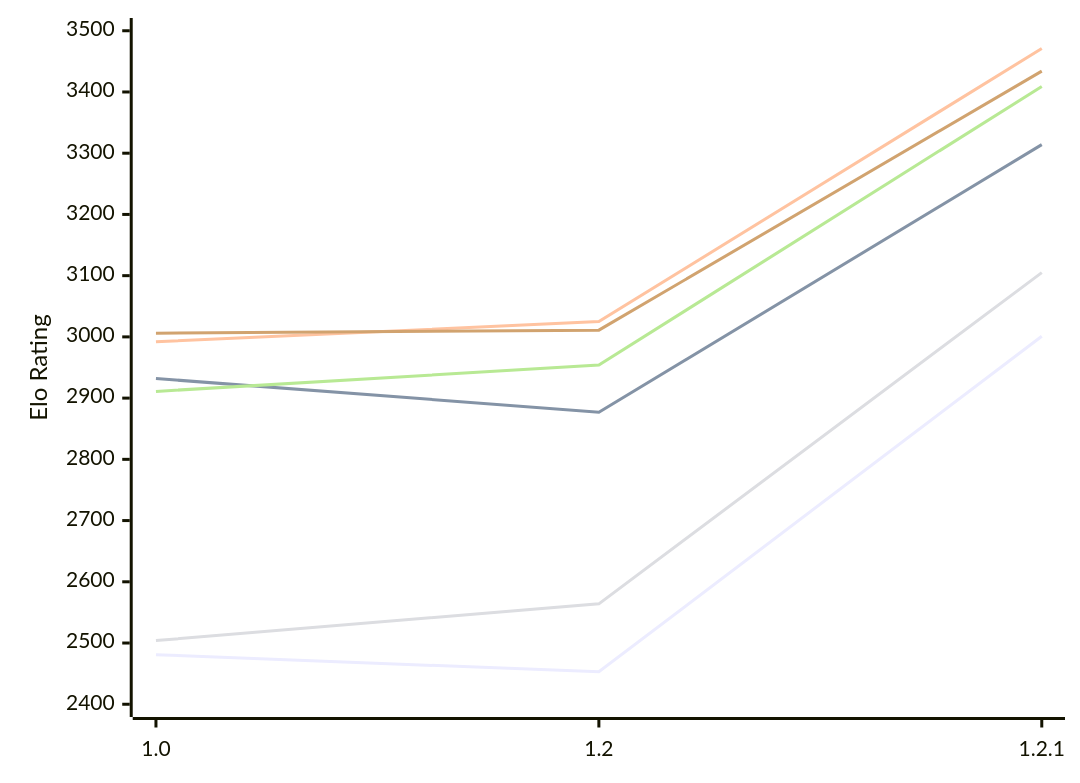
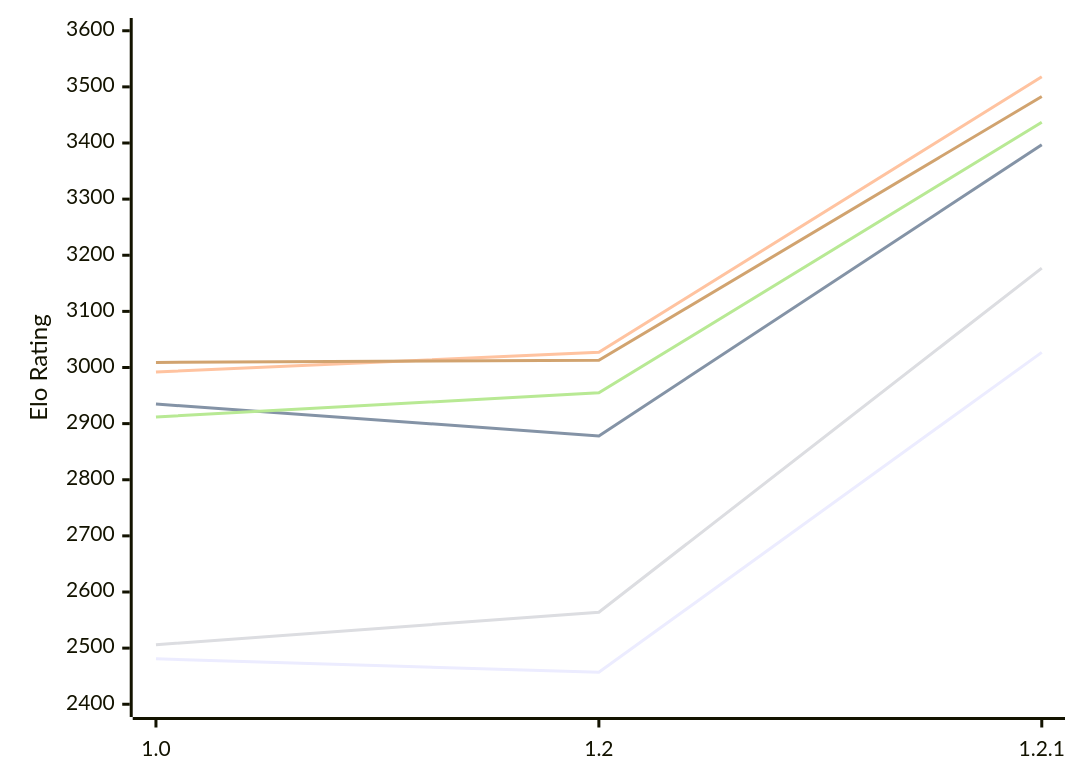
The diagram in engines/Onechess.md (computer-chess-index/cci), drawn with Mermaid before and after one commit. The commit also changed other lines of this file, not shown here.

Commit message:
Update CCI Ratings (ELO VLTC) - 2026-11-27

````diff
--- a/engines/Onechess.md
+++ b/engines/Onechess.md
@@ -51,12 +51,12 @@
 ```mermaid
 %%{init: {"theme":"base","themeVariables":{"seriesColors:['#a3a3a3','#222221','#faa371']}}}%%
 xychart-beta
   x-axis ["1.0", "1.2", "1.2.1"]
-  y-axis "Elo Rating" 2400 --> 3500
-  line "E1: STC (8.0+0.08s)" [2481, 2453, 3001]
-  line "E1: LTC (60.0+0.60s)" [2932, 2877, 3314]
-  line "E1: VLTC (2m24s+1.12s)" [2992, 3025, 3471]
-  line "P1: STC (8.0+0.08s)" [2504, 2564, 3105]
-  line "P1: LTC (60.0+0.60s)" [2911, 2954, 3409]
-  line "P1: VLTC (2m24s+1.12s)" [3006, 3011, 3434]
+  y-axis "Elo Rating" 2400 --> 3600
+  line "E1: STC (8.0+0.08s)" [2481, 2457, 3027]
+  line "E1: LTC (60.0+0.60s)" [2935, 2878, 3397]
+  line "E1: VLTC (2m24s+1.12s)" [2992, 3027, 3518]
+  line "P1: STC (8.0+0.08s)" [2506, 2564, 3177]
+  line "P1: LTC (60.0+0.60s)" [2912, 2955, 3437]
+  line "P1: VLTC (2m24s+1.12s)" [3009, 3013, 3483]
 ```
````
